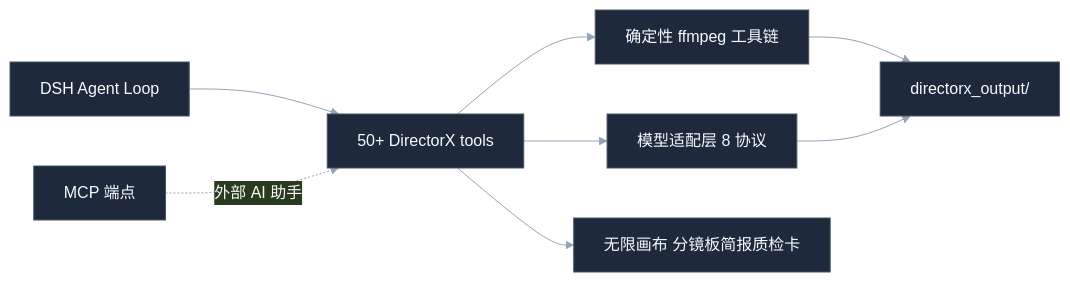
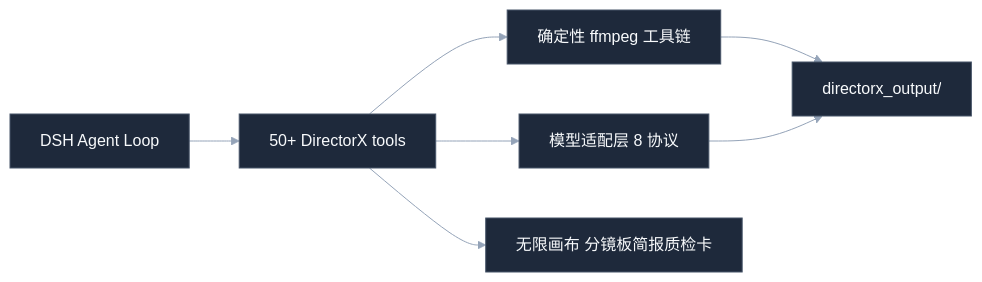
One commit to LaplaceYoung/dsh-directorx changed the second of 2 diagrams in README.md. Above: the diagram before and after it, drawn with Mermaid. The commit also changed other lines of this file, not shown here.

First line of the commit message:
docs(readme): remove external-assistant/MCP positioning

````diff
--- a/README.md
+++ b/README.md
@@ -118,11 +118,10 @@
 ```mermaid
 %%{init: {"theme": "base", "themeVariables": {"primaryColor": "#1e293b", "primaryTextColor": "#f8fafc", "primaryBorderColor": "#475569", "lineColor": "#94a3b8", "fontFamily": "system-ui, sans-serif"}}}%%
 flowchart LR
   LOOP["DSH Agent Loop"] --> TOOLS["50+ DirectorX tools"]
   TOOLS --> FF["确定性 ffmpeg 工具链"]
   TOOLS --> GEN["模型适配层 8 协议"]
   TOOLS --> CANVAS["无限画布 分镜板简报质检卡"]
-  MCP["MCP 端点"] -.->|外部 AI 助手| TOOLS
   FF --> OUT["directorx_output/"]
   GEN --> OUT
 ```
````
